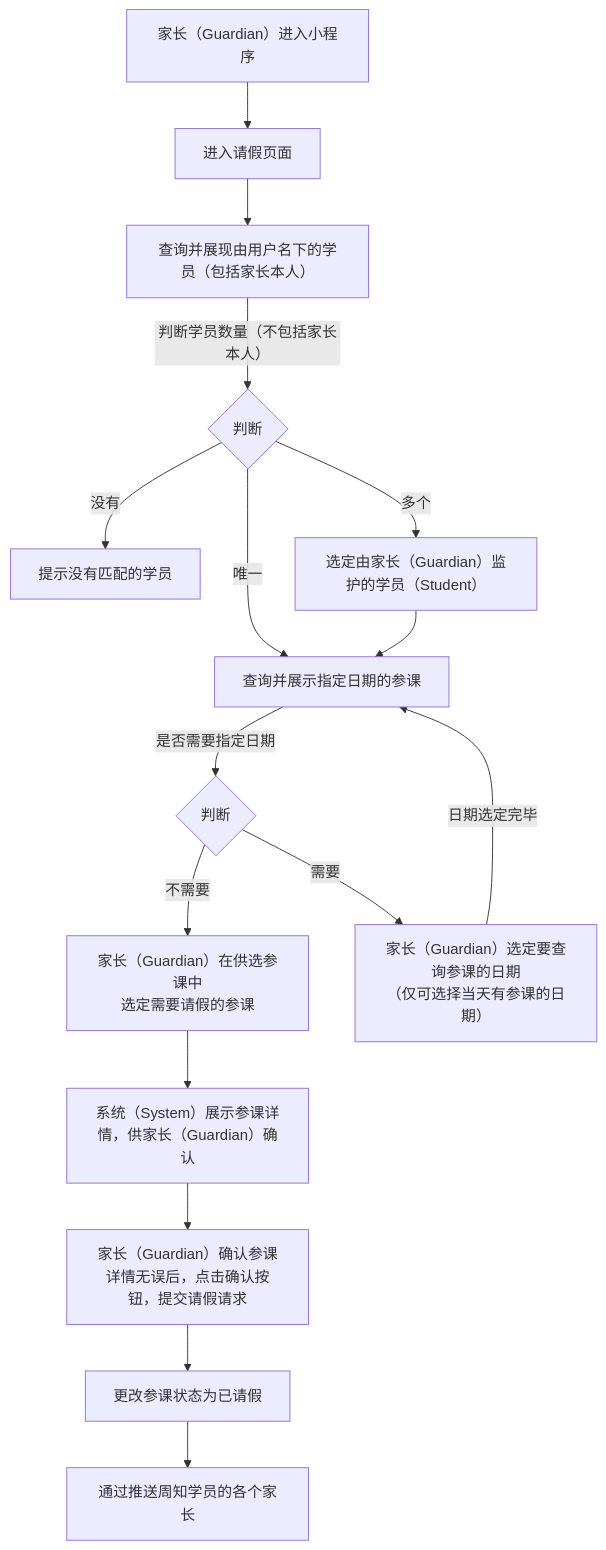
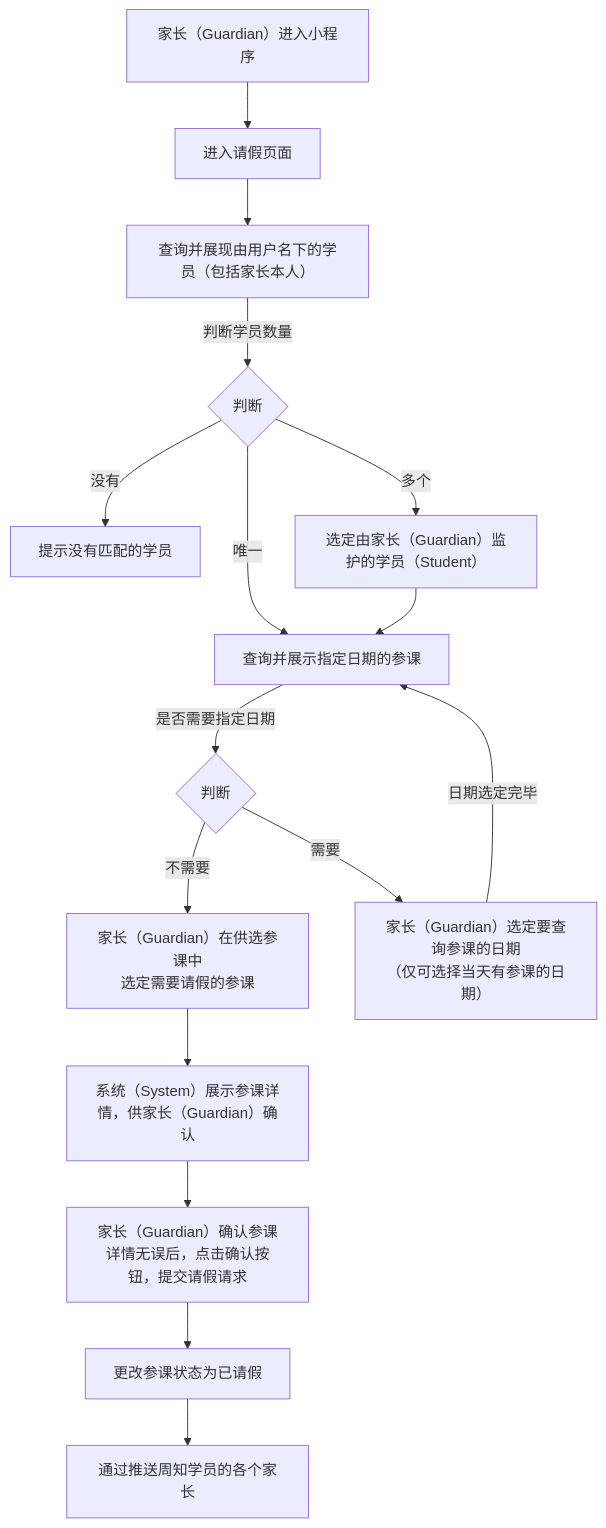
Before and after one commit to world-wide-web/sign: the diagram in 用例/请假.md, drawn with Mermaid. The commit also changed other lines of this file, not shown here.

````diff
--- a/用例/请假.md
+++ b/用例/请假.md
@@ -7,52 +7,52 @@
 ```mermaid
 graph TD
 
 进入小程序-->进入请假页面
 
 进入请假页面-->查询并展现由用户名下的学员
 
-查询并展现由用户名下的学员--"判断学员数量（不包括家长本人）"-->判断学员数量
+查询并展现由用户名下的学员--判断学员数量-->判断学员数量
 
 判断学员数量--没有-->提示没有匹配的学员
 
 判断学员数量--唯一-->查询并展示指定日期的参课
 
 判断学员数量--多个-->选定学员
 
 选定学员-->查询并展示指定日期的参课
 
 查询并展示指定日期的参课--是否需要指定日期-->决定是否需要指定日期
 
 决定是否需要指定日期--不需要-->选定参课
 
 决定是否需要指定日期--需要-->选定日期
 
 选定日期--日期选定完毕-->查询并展示指定日期的参课
 
 选定参课-->展示参课详情
 
 展示参课详情-->提交请假请求
 
 提交请假请求-->更改参课状态为已请假
 
 更改参课状态为已请假-->通过推送周知学员的各个家长
 
 进入小程序["<center>家长（Guardian）进入小程序</center>"]
 
 查询并展现由用户名下的学员["<center>查询并展现由用户名下的学员（包括家长本人）</center>"]
 
 判断学员数量{"<center>判断</center>"}
 
 选定学员["<center>选定由家长（Guardian）监护的学员（Student）</center>"]
 
 决定是否需要指定日期{"<center>判断</center>"}
 
 选定日期["<center>家长（Guardian）选定要查询参课的日期<br>（仅可选择当天有参课的日期）</center>"]
 
 选定参课["<center>家长（Guardian）在供选参课中<br>选定需要请假的参课</center>"]
 
 展示参课详情["<center>系统（System）展示参课详情，供家长（Guardian）确认</center>"]
 
 提交请假请求["<center>家长（Guardian）确认参课详情无误后，点击确认按钮，提交请假请求</center>"]
 
 ```
````
